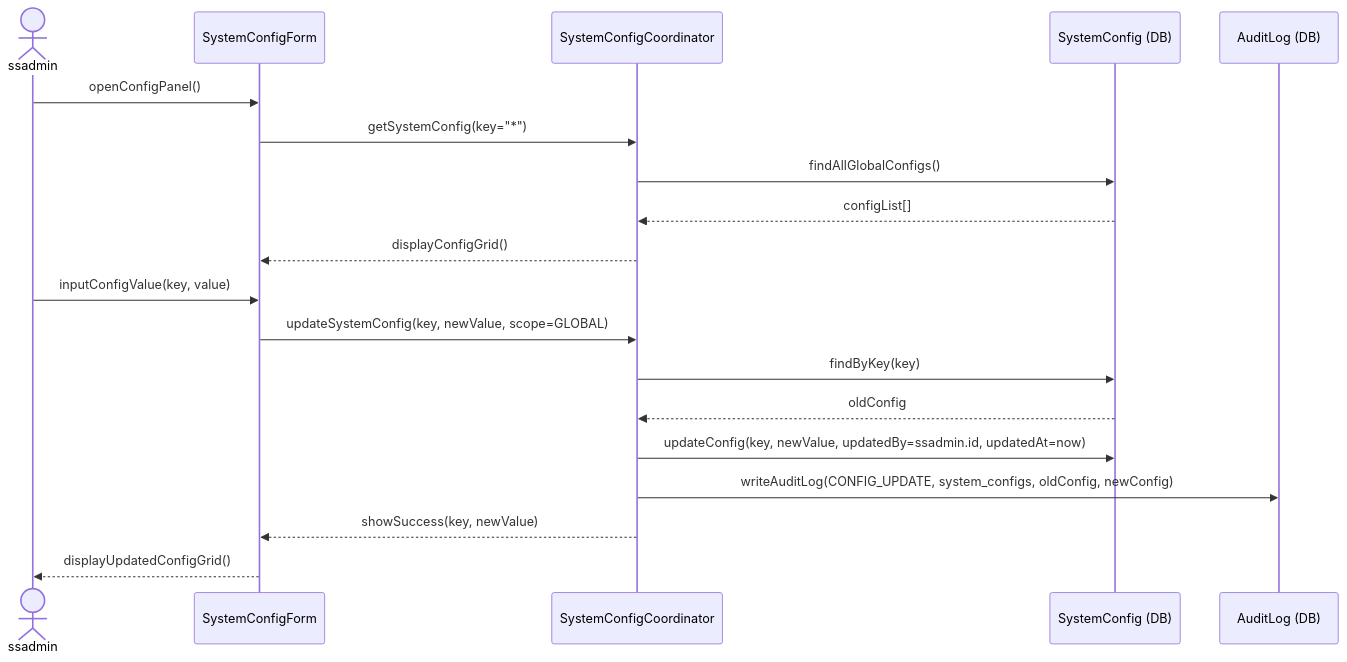
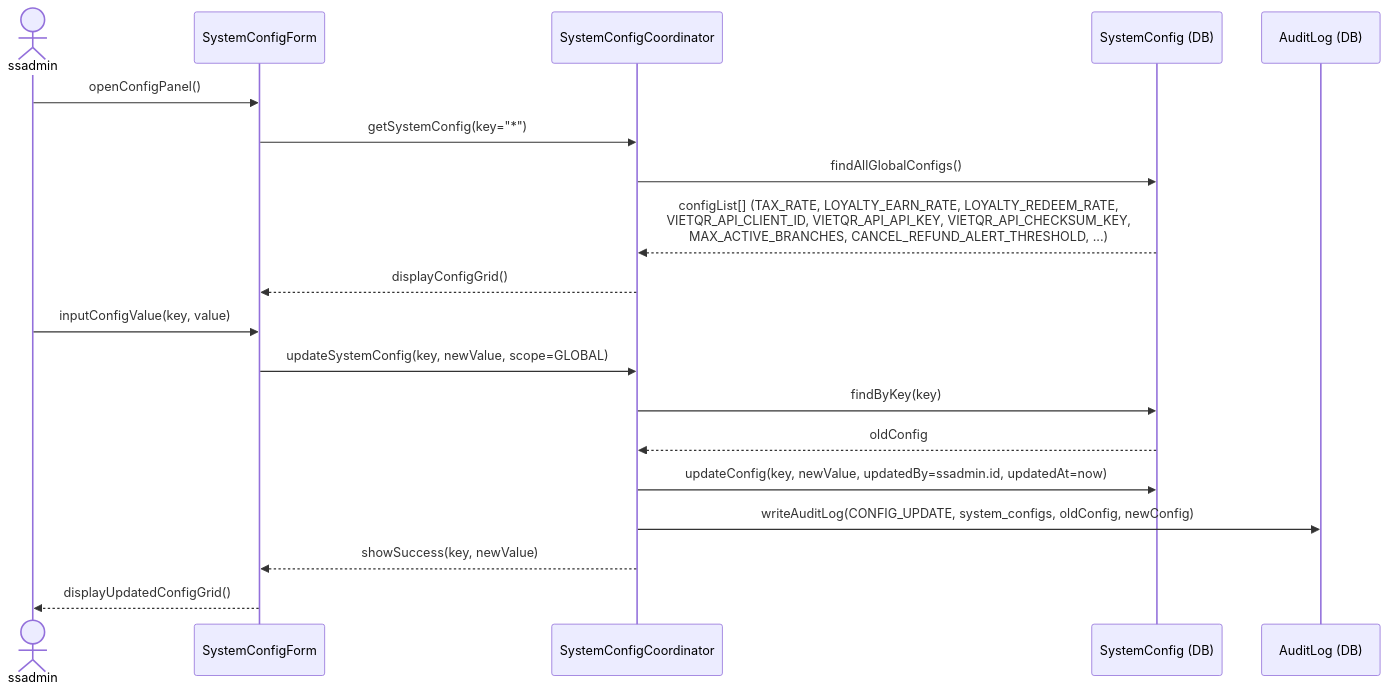
Before and after one commit to Shaichi/khoga_cafe: the second of 3 diagrams in docs/rds_sections/14_detailed_3_11_config_branch.md, drawn with Mermaid. The commit also changed other lines of this file and 22 other files, not shown here.

````diff
--- a/docs/rds_sections/14_detailed_3_11_config_branch.md
+++ b/docs/rds_sections/14_detailed_3_11_config_branch.md
@@ -97,23 +99,23 @@
 ```mermaid
 sequenceDiagram
     actor ssadmin
     participant ConfigForm as SystemConfigForm
     participant ConfigCoord as SystemConfigCoordinator
     participant ConfigDB as SystemConfig (DB)
     participant AuditDB as AuditLog (DB)
 
     ssadmin->>ConfigForm: openConfigPanel()
     ConfigForm->>ConfigCoord: getSystemConfig(key="*")
     ConfigCoord->>ConfigDB: findAllGlobalConfigs()
-    ConfigDB-->>ConfigCoord: configList[]
+    ConfigDB-->>ConfigCoord: configList[] (TAX_RATE, LOYALTY_EARN_RATE, LOYALTY_REDEEM_RATE,<br/>VIETQR_API_CLIENT_ID, VIETQR_API_API_KEY, VIETQR_API_CHECKSUM_KEY,<br/>MAX_ACTIVE_BRANCHES, CANCEL_REFUND_ALERT_THRESHOLD, ...)
     ConfigCoord-->>ConfigForm: displayConfigGrid()
 
     ssadmin->>ConfigForm: inputConfigValue(key, value)
     ConfigForm->>ConfigCoord: updateSystemConfig(key, newValue, scope=GLOBAL)
     ConfigCoord->>ConfigDB: findByKey(key)
     ConfigDB-->>ConfigCoord: oldConfig
     ConfigCoord->>ConfigDB: updateConfig(key, newValue, updatedBy=ssadmin.id, updatedAt=now)
     ConfigCoord->>AuditDB: writeAuditLog(CONFIG_UPDATE, system_configs, oldConfig, newConfig)
     ConfigCoord-->>ConfigForm: showSuccess(key, newValue)
     ConfigForm-->>ssadmin: displayUpdatedConfigGrid()
 ```
````
